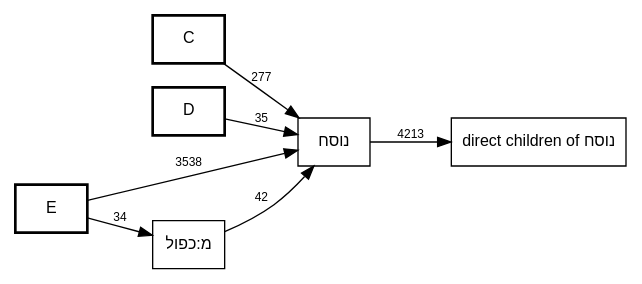
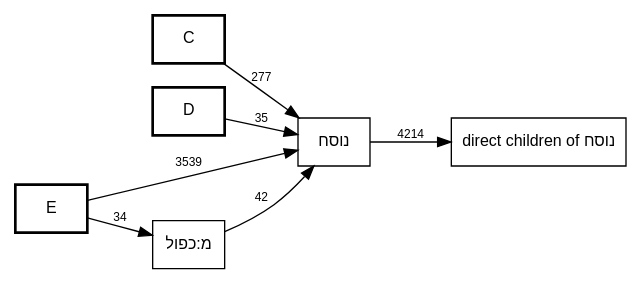
Before and after one commit to bdenckla/MAM-basics: the diagram in out/MAM-tmpl-survey/plain-nusach-call-graph.dot, drawn with Graphviz. The commit also changed 18 other files, not shown here.

```diff
--- a/out/MAM-tmpl-survey/plain-nusach-call-graph.dot
+++ b/out/MAM-tmpl-survey/plain-nusach-call-graph.dot
@@ -1,68 +1,68 @@
 digraph template_call_graph {
     rankdir=LR;
     node [fontname="SBL Hebrew,Helvetica", fontsize=12];
     edge [fontname="Helvetica", fontsize=9];
 
     // Column nodes
     node [shape=box, style=bold];
     "C";
     "D";
     "E";
 
     // Template nodes
     node [shape=box, style=""];
     "direct children of נוסח" [tooltip="גלגל-2
 כו\"ק
 כתיב ולא קרי
 מ:אות מנוקדת
 מ:אות-ג
 מ:אות-ק
 מ:אין פרשה בתחילת פרק
 מ:אין פרשה בתחילת פרק בספרי אמ\"ת
 מ:גרש ותלישא גדולה
 מ:גרשיים ותלישא גדולה
 מ:דחי
 מ:טעם ומתג באות אחת
 מ:ירושלם
 מ:כו\"ק בין שני מקפים
 מ:כו\"ק כתיב מילה חדה וקרי תרתין מילין
 מ:כו\"ק כתיב מילה חדה וקרי תרתין מילין בין שני מקפים
 מ:כו\"ק כתיב תרתין מילין וקרי מילה חדה
 מ:כו\"ק קרי שונה מהכתיב בשתי מילים
 מ:כו\"ק של שלוש מילים בהערה אחת
 מ:כו\"ק של שתי מילים בהערה אחת
 מ:לגרמיה-2
 מ:מקף אפור
 מ:נו\"ן הפוכה
 מ:סיום בטוב
 מ:פסוק
 מ:פסק
 מ:צינור
 מ:קו\"כ כתיב מילה חדה וקרי תרתין מילין
 מ:קו\"כ קרי שונה מהכתיב בשתי מילים
 מ:קישור בהערה
 מ:קישור פנימי בהערה
 מ:קמץ
 מודגש
 סס
 ססס
 פפ
 פפפ
 קו\"כ
 קו\"כ-אם
 קרי ולא כתיב
 ר0
 ר1
 ר3
 ר4
 ש
 שני טעמים באות אחת קמץ-תחתון-פתח-עליון"];
 
     // Edges
     "C" -> "נוסח" [label="277"];
     "D" -> "נוסח" [label="35"];
     "E" -> "מ:כפול" [label="34"];
-    "E" -> "נוסח" [label="3538"];
+    "E" -> "נוסח" [label="3539"];
     "מ:כפול" -> "נוסח" [label="42"];
-    "נוסח" -> "direct children of נוסח" [label="4213"];
+    "נוסח" -> "direct children of נוסח" [label="4214"];
 }
```
